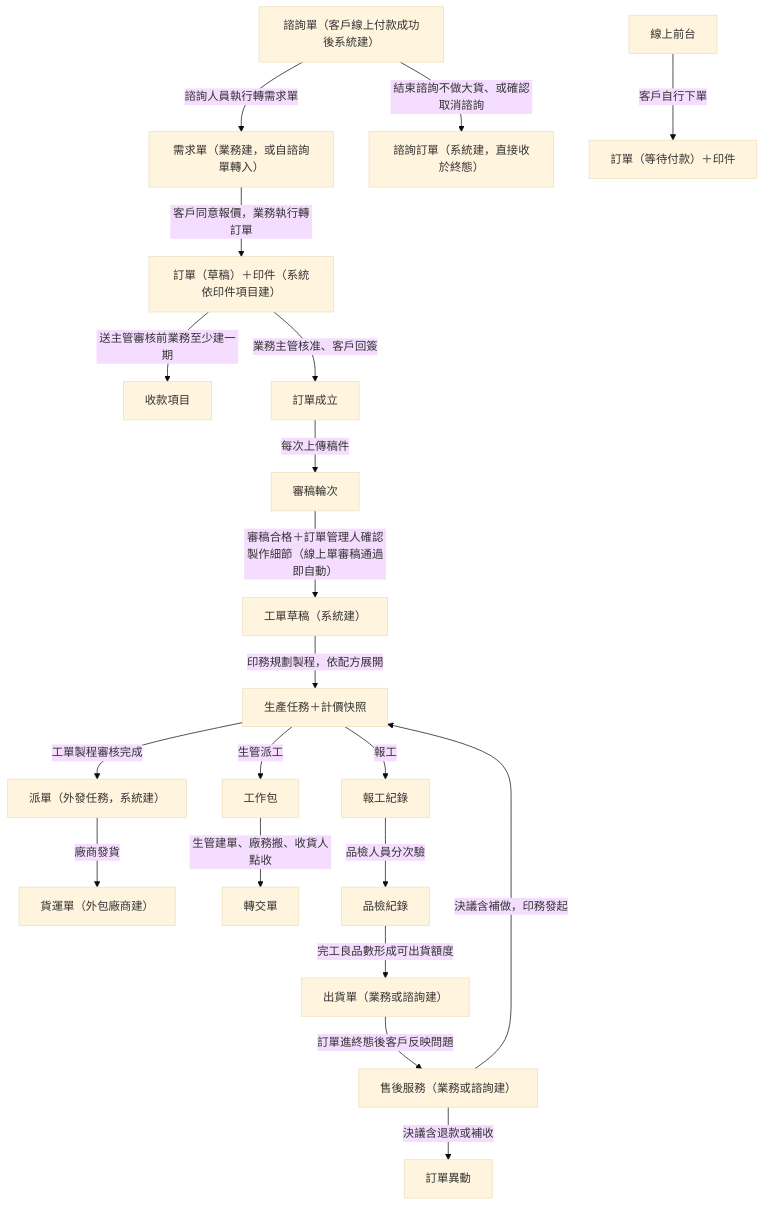
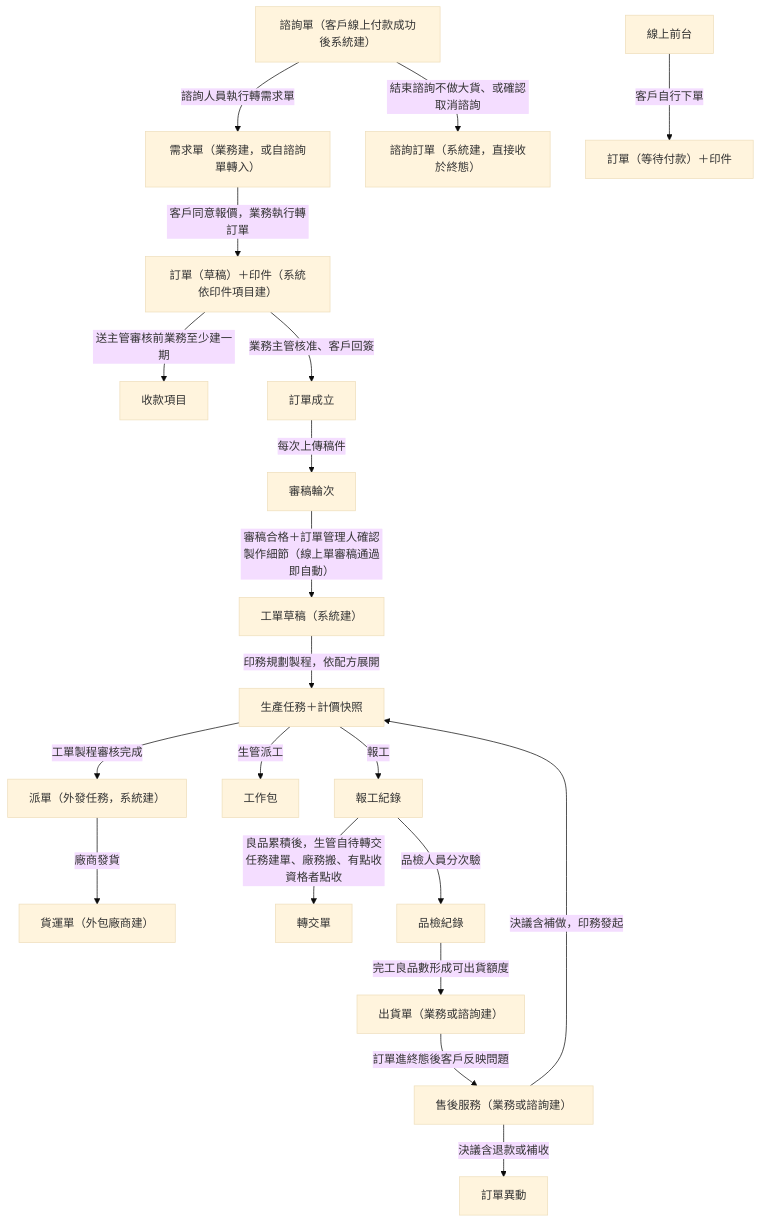
One commit to Kawato-Miles/erp-spec changed the sixth of 9 diagrams in memory/Sens_wiki/wiki/erp/05-entities/ERP 資料結構總覽.md. Above: the diagram before and after it, drawn with Mermaid (base theme). The commit also changed other lines of this file and 62 other files, not shown here.

````diff
--- a/memory/Sens_wiki/wiki/erp/05-entities/ERP 資料結構總覽.md
+++ b/memory/Sens_wiki/wiki/erp/05-entities/ERP 資料結構總覽.md
@@ -179,22 +187,22 @@
 ```mermaid
 flowchart TD
     A["諮詢單（客戶線上付款成功後系統建）"] -->|"諮詢人員執行轉需求單"| B["需求單（業務建，或自諮詢單轉入）"]
     A -->|"結束諮詢不做大貨、或確認取消諮詢"| C["諮詢訂單（系統建，直接收於終態）"]
     B -->|"客戶同意報價，業務執行轉訂單"| D["訂單（草稿）＋印件（系統依印件項目建）"]
     E["線上前台"] -->|"客戶自行下單"| D2["訂單（等待付款）＋印件"]
     D -->|"送主管審核前業務至少建一期"| P["收款項目"]
     D -->|"業務主管核准、客戶回簽"| D3["訂單成立"]
     D3 -->|"每次上傳稿件"| R["審稿輪次"]
     R -->|"審稿合格＋訂單管理人確認製作細節（線上單審稿通過即自動）"| W["工單草稿（系統建）"]
     W -->|"印務規劃製程，依配方展開"| T["生產任務＋計價快照"]
     T -->|"工單製程審核完成"| PD["派單（外發任務，系統建）"]
     T -->|"生管派工"| WP["工作包"]
     PD -->|"廠商發貨"| SH["貨運單（外包廠商建）"]
-    WP -->|"生管建單、廠務搬、收貨人點收"| TR["轉交單"]
+    RP -->|"良品累積後，生管自待轉交任務建單、廠務搬、有點收資格者點收"| TR["轉交單"]
     T -->|"報工"| RP["報工紀錄"]
     RP -->|"品檢人員分次驗"| QC["品檢紀錄"]
     QC -->|"完工良品數形成可出貨額度"| SO["出貨單（業務或諮詢建）"]
     SO -->|"訂單進終態後客戶反映問題"| AS["售後服務（業務或諮詢建）"]
     AS -->|"決議含退款或補收"| ADJ["訂單異動"]
     AS -->|"決議含補做，印務發起"| T
 ```
````
